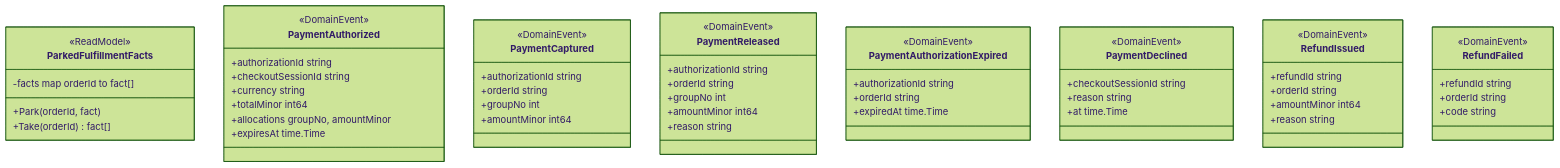
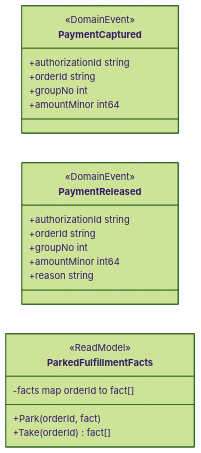
Before and after one commit to IQVO/warehouse-docs: the fourth of 7 diagrams in storefront/docs/contexts/customer-payments/class-diagram.md, drawn with Mermaid (forest theme). The commit also changed 7 other files, not shown here.

Commit message:
docs(storefront): wire customer-payments pack into sidebar and contexts index; tighten diagram widths

````diff
--- a/storefront/docs/contexts/customer-payments/class-diagram.md
+++ b/storefront/docs/contexts/customer-payments/class-diagram.md
@@ -135,59 +161,25 @@
 ```mermaid
 classDiagram
-    direction TB
-    class ParkedFulfillmentFacts {
-        <<ReadModel>>
-        -facts map orderId to fact[]
-        +Park(orderId, fact)
-        +Take(orderId) fact[]
-    }
-    class PaymentAuthorized {
-        <<DomainEvent>>
-        +authorizationId string
-        +checkoutSessionId string
-        +currency string
-        +totalMinor int64
-        +allocations groupNo, amountMinor
-        +expiresAt time.Time
-    }
+    direction LR
     class PaymentCaptured {
         <<DomainEvent>>
         +authorizationId string
         +orderId string
         +groupNo int
         +amountMinor int64
     }
     class PaymentReleased {
         <<DomainEvent>>
         +authorizationId string
         +orderId string
         +groupNo int
         +amountMinor int64
         +reason string
     }
-    class PaymentAuthorizationExpired {
-        <<DomainEvent>>
-        +authorizationId string
-        +orderId string
-        +expiredAt time.Time
-    }
-    class PaymentDeclined {
-        <<DomainEvent>>
-        +checkoutSessionId string
-        +reason string
-        +at time.Time
-    }
-    class RefundIssued {
-        <<DomainEvent>>
-        +refundId string
-        +orderId string
-        +amountMinor int64
-        +reason string
-    }
-    class RefundFailed {
-        <<DomainEvent>>
-        +refundId string
-        +orderId string
-        +code string
+    class ParkedFulfillmentFacts {
+        <<ReadModel>>
+        -facts map orderId to fact[]
+        +Park(orderId, fact)
+        +Take(orderId) fact[]
     }
 ```
````
